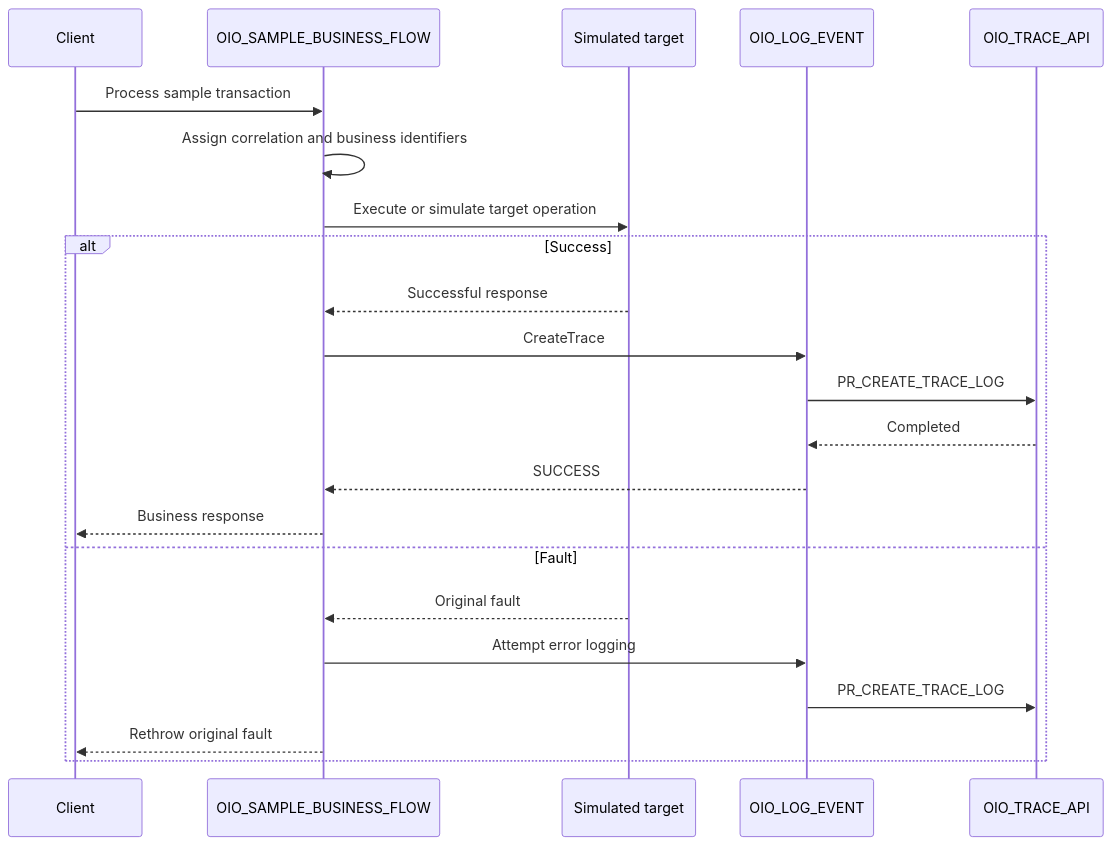
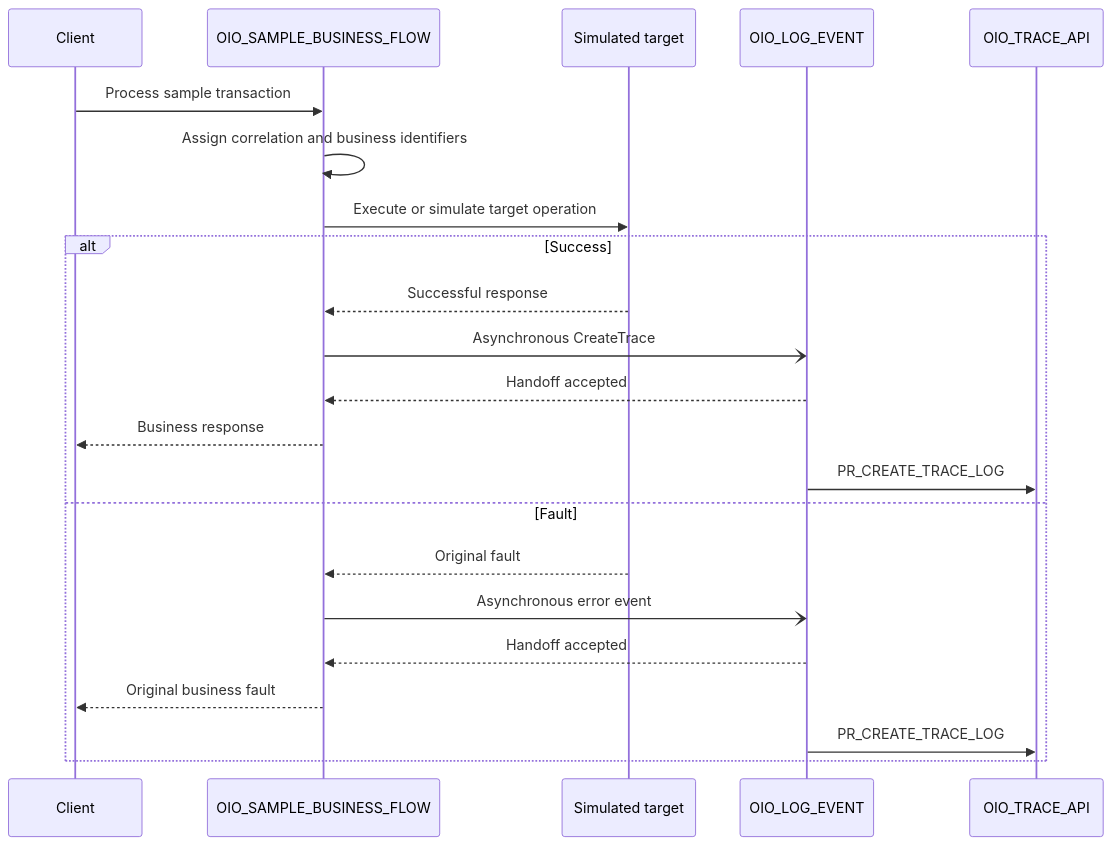
One commit to lucianosilva/oracle-integration-observability changed the third of 3 diagrams in oic/implementation-pattern.md. Above: the diagram before and after it, drawn with Mermaid. The commit also changed other lines of this file and 4 other files, not shown here.

````diff
--- a/oic/implementation-pattern.md
+++ b/oic/implementation-pattern.md
@@ -129,26 +130,26 @@
 ```mermaid
 sequenceDiagram
     participant Client
     participant Sample as OIO_SAMPLE_BUSINESS_FLOW
     participant Target as Simulated target
     participant Logger as OIO_LOG_EVENT
     participant DB as OIO_TRACE_API
 
     Client->>Sample: Process sample transaction
     Sample->>Sample: Assign correlation and business identifiers
     Sample->>Target: Execute or simulate target operation
 
     alt Success
         Target-->>Sample: Successful response
-        Sample->>Logger: CreateTrace
+        Sample-)Logger: Asynchronous CreateTrace
+        Logger-->>Sample: Handoff accepted
+        Sample-->>Client: Business response
         Logger->>DB: PR_CREATE_TRACE_LOG
-        DB-->>Logger: Completed
-        Logger-->>Sample: SUCCESS
-        Sample-->>Client: Business response
     else Fault
         Target-->>Sample: Original fault
-        Sample->>Logger: Attempt error logging
+        Sample-)Logger: Asynchronous error event
+        Logger-->>Sample: Handoff accepted
+        Sample-->>Client: Original business fault
         Logger->>DB: PR_CREATE_TRACE_LOG
-        Sample-->>Client: Rethrow original fault
     end
 ```
````
